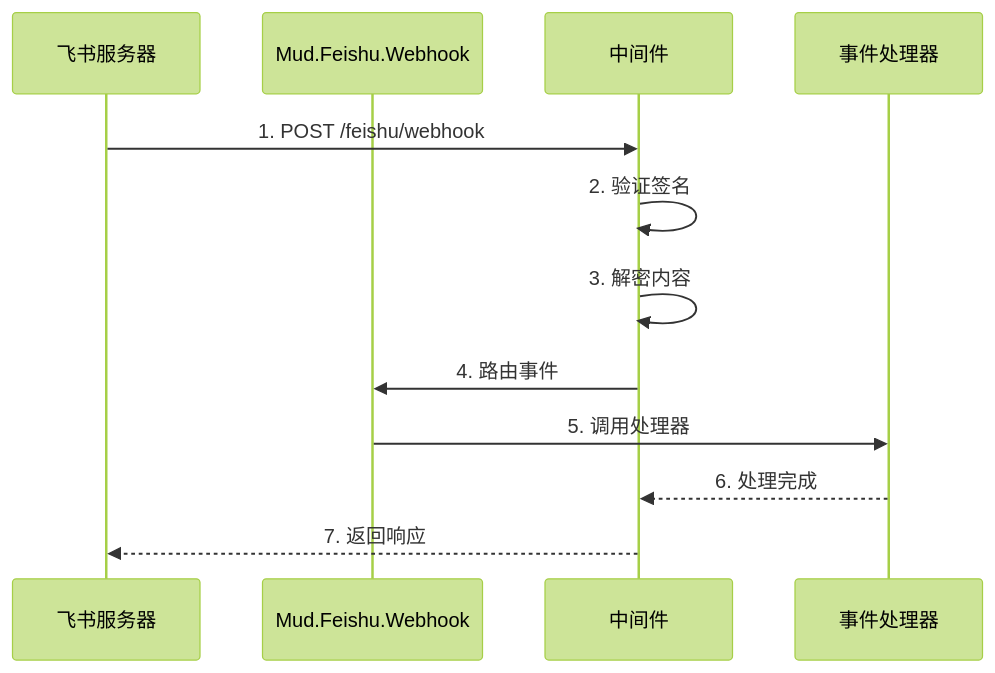
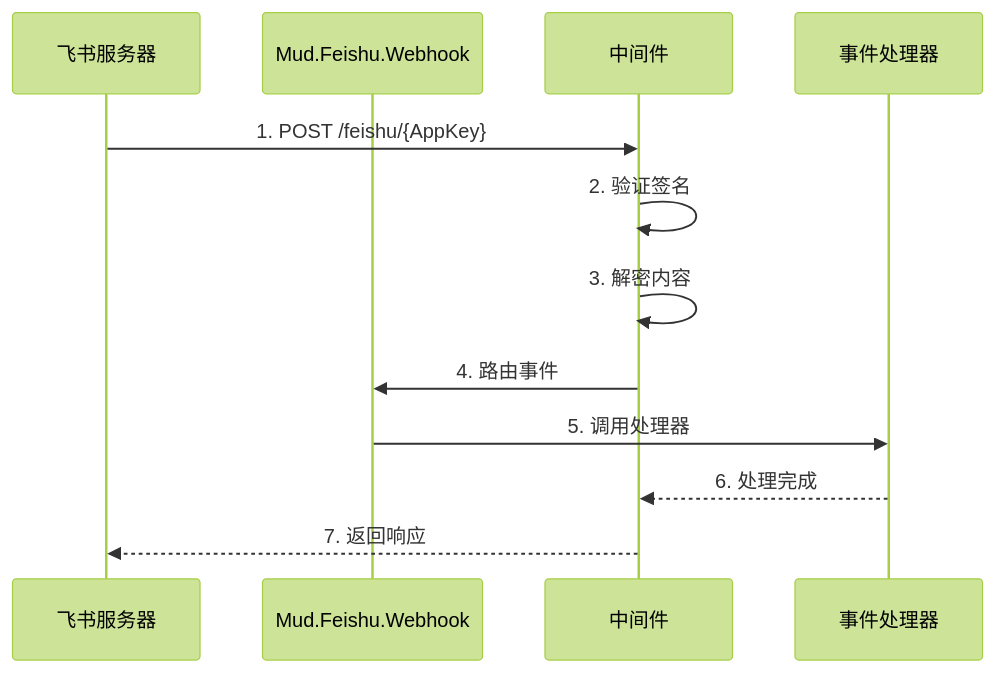
The fourth of 4 diagrams in README.md (jackfiled/MudFeishu), drawn with Mermaid (forest theme) before and after one commit. The commit also changed other lines of this file and 5 other files, not shown here.

````diff
--- a/README.md
+++ b/README.md
@@ -380,15 +381,15 @@
 ```mermaid
 sequenceDiagram
     participant Feishu as 飞书服务器
     participant Webhook as Mud.Feishu.Webhook
     participant Middleware as 中间件
     participant Handler as 事件处理器
 
-    Feishu->>Middleware: 1. POST /feishu/webhook
+    Feishu->>Middleware: 1. POST /feishu/{AppKey}
     Middleware->>Middleware: 2. 验证签名
     Middleware->>Middleware: 3. 解密内容
     Middleware->>Webhook: 4. 路由事件
     Webhook->>Handler: 5. 调用处理器
     Handler-->>Middleware: 6. 处理完成
     Middleware-->>Feishu: 7. 返回响应
 ```
````
